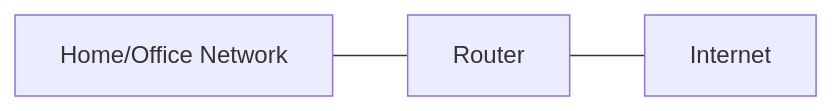
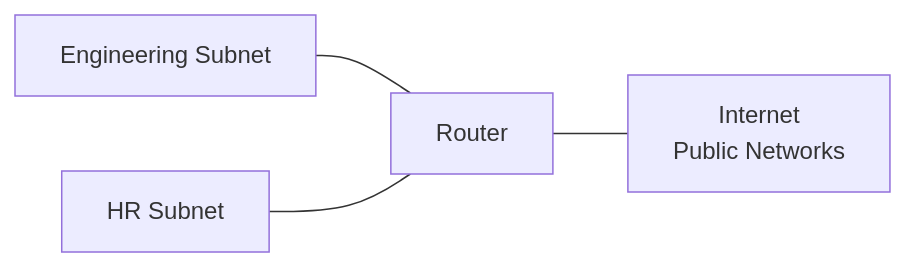
The fourth of 5 diagrams in 04_networking_devices.md (tkr22777/teaching-kg-574), drawn with Mermaid before and after one commit. The commit also changed other lines of this file, not shown here.

````diff
--- a/04_networking_devices.md
+++ b/04_networking_devices.md
@@ -85,4 +99,6 @@
 ```mermaid
 graph LR
-  LAN[Home/Office Network] --- R[Router] --- Net[Internet]
+  LAN1[Engineering Subnet] --- R[Router]
+  LAN2[HR Subnet] --- R
+  R --- Net[Internet<br/>Public Networks]
 ```
````
